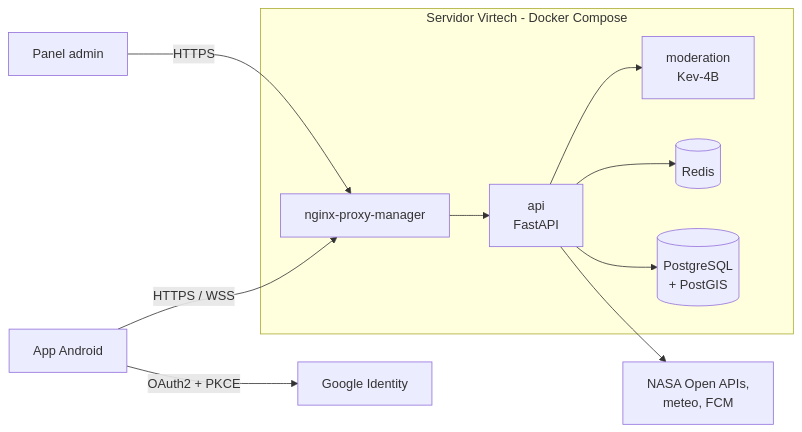
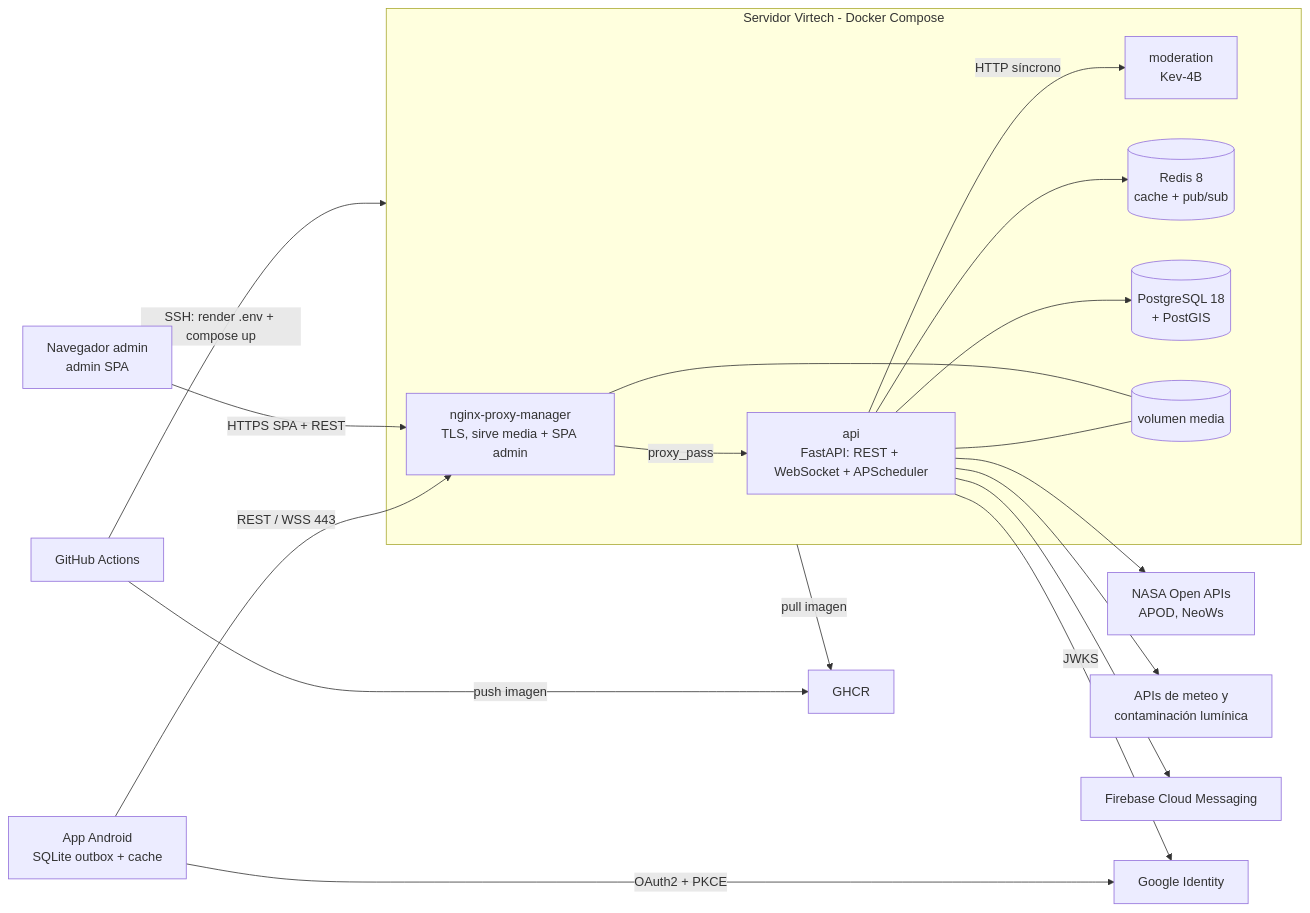
Before and after one commit to pes2627q1-21-gei-upc/perseida: the diagram in README.es.md, drawn with Mermaid. The commit also changed other lines of this file and 3 other files, not shown here.

````diff
--- a/README.es.md
+++ b/README.es.md
@@ -33,18 +37,27 @@
 ```mermaid
 flowchart LR
-    PHONE[App Android] -- HTTPS / WSS --> NPM
-    ADMIN[Panel admin] -- HTTPS --> NPM
+    PHONE[App Android<br/>SQLite outbox + cache] -- REST / WSS 443 --> NPM
+    ADMIN[Navegador admin<br/>admin SPA] -- HTTPS SPA + REST --> NPM
     subgraph VIRTECH[Servidor Virtech - Docker Compose]
-        NPM[nginx-proxy-manager]
-        API[api<br/>FastAPI]
+        NPM[nginx-proxy-manager<br/>TLS, sirve media + SPA admin]
+        API[api<br/>FastAPI: REST + WebSocket + APScheduler]
         MOD[moderation<br/>Kev-4B]
-        REDIS[(Redis)]
-        PG[(PostgreSQL<br/>+ PostGIS)]
-        NPM --> API
-        API --> MOD
+        REDIS[(Redis 8<br/>cache + pub/sub)]
+        PG[(PostgreSQL 18<br/>+ PostGIS)]
+        VOL[(volumen media)]
+        NPM -- proxy_pass --> API
+        API -- HTTP síncrono --> MOD
         API --> REDIS
         API --> PG
+        API --- VOL
+        NPM --- VOL
     end
-    API --> EXT[NASA Open APIs,<br/>meteo, FCM]
+    API --> NASA[NASA Open APIs<br/>APOD, NeoWs]
+    API --> OTHER[APIs de meteo y<br/>contaminación lumínica]
+    API --> FCM[Firebase Cloud Messaging]
     PHONE -- OAuth2 + PKCE --> GOOGLE[Google Identity]
+    API -- JWKS --> GOOGLE
+    GHA[GitHub Actions] -- push imagen --> GHCR[GHCR]
+    GHA -- SSH: render .env + compose up --> VIRTECH
+    VIRTECH -- pull imagen --> GHCR
 ```
````
